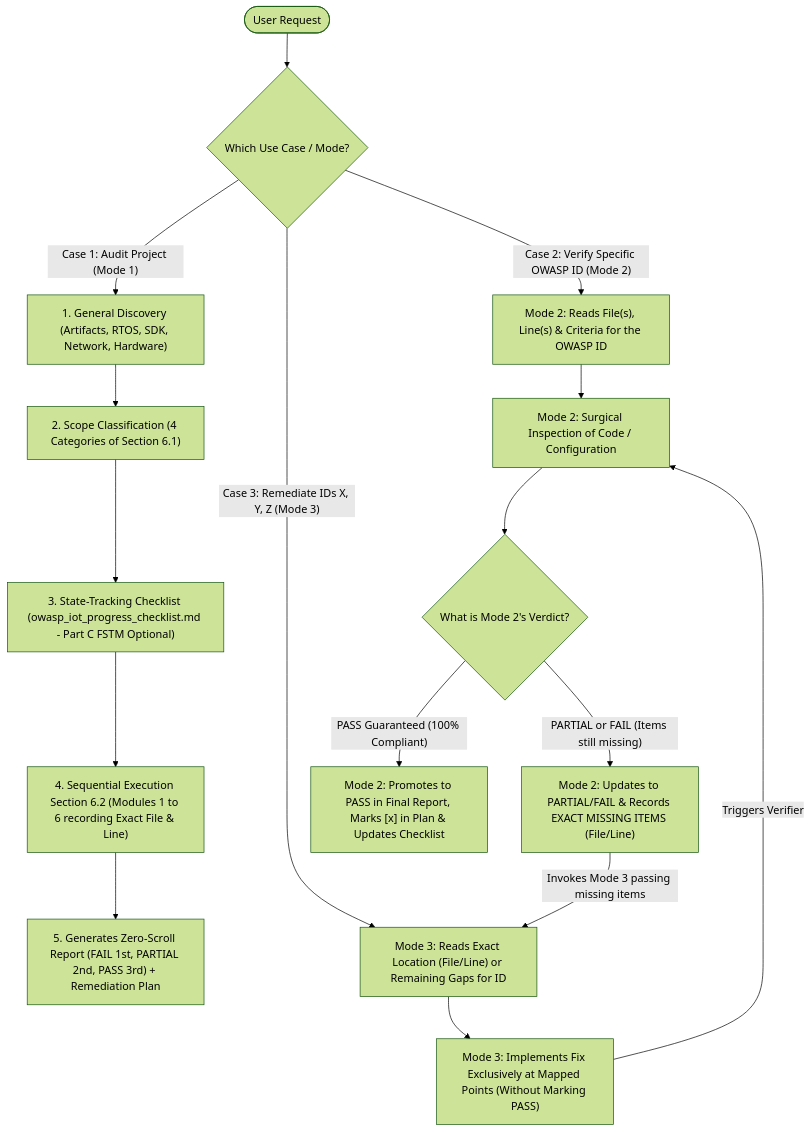
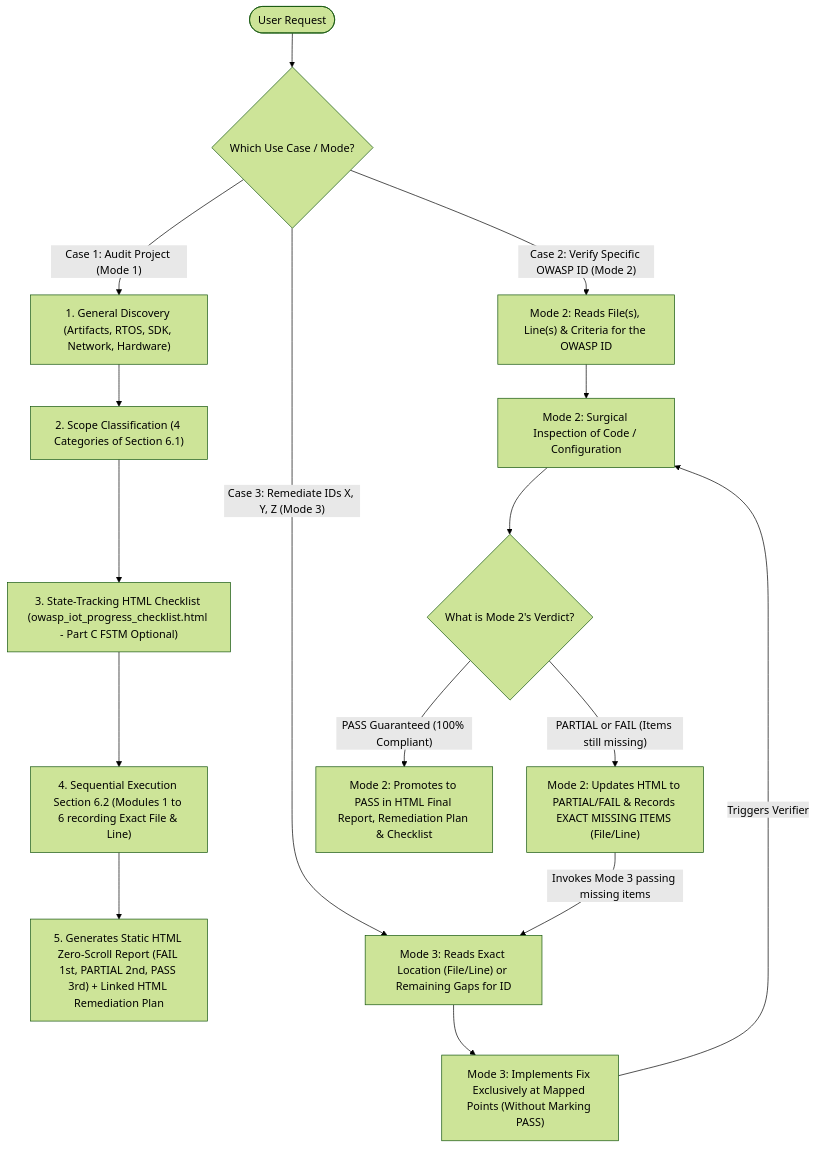
The first of 4 diagrams in .agents/skills/owasp-iot-auditor/SKILL.md (BrunoReiff/embed-sec-auditor), drawn with Mermaid (forest theme) before and after one commit. The commit also changed other lines of this file and 11 other files, not shown here.

Commit message:
feat(output): default to English static HTML reports with single-tab cross-navigation

````diff
--- a/.agents/skills/owasp-iot-auditor/SKILL.md
+++ b/.agents/skills/owasp-iot-auditor/SKILL.md
@@ -30,28 +32,28 @@
 ```mermaid
 flowchart TD
     USER(["User Request"]) --> ROUTER{"Which Use Case / Mode?"}
 
     %% USE CASE 1: MODE 1
     ROUTER -->|"Case 1: Audit Project (Mode 1)"| M1_E1["1. General Discovery (Artifacts, RTOS, SDK, Network, Hardware)"]
     M1_E1 --> M1_E2["2. Scope Classification (4 Categories of Section 6.1)"]
-    M1_E2 --> M1_E3["3. State-Tracking Checklist (owasp_iot_progress_checklist.md - Part C FSTM Optional)"]
+    M1_E2 --> M1_E3["3. State-Tracking HTML Checklist (owasp_iot_progress_checklist.html - Part C FSTM Optional)"]
     M1_E3 --> M1_E4["4. Sequential Execution Section 6.2 (Modules 1 to 6 recording Exact File & Line)"]
-    M1_E4 --> M1_E5["5. Generates Zero-Scroll Report (FAIL 1st, PARTIAL 2nd, PASS 3rd) + Remediation Plan"]
+    M1_E4 --> M1_E5["5. Generates Static HTML Zero-Scroll Report (FAIL 1st, PARTIAL 2nd, PASS 3rd) + Linked HTML Remediation Plan"]
 
     %% USE CASE 2: MODE 2 (DIRECT OR VIA EXTERNAL AGENT)
     ROUTER -->|"Case 2: Verify Specific OWASP ID (Mode 2)"| M2_READ["Mode 2: Reads File(s), Line(s) & Criteria for the OWASP ID"]
     M2_READ --> M2_INSP["Mode 2: Surgical Inspection of Code / Configuration"]
     M2_INSP --> M2_JUDGE{"What is Mode 2's Verdict?"}
 
     %% USE CASE 3: MODE 3 (REMEDIATION + CLOSED LOOP)
     ROUTER -->|"Case 3: Remediate IDs X, Y, Z (Mode 3)"| M3_LOC["Mode 3: Reads Exact Location (File/Line) or Remaining Gaps for ID"]
     M3_LOC --> M3_FIX["Mode 3: Implements Fix Exclusively at Mapped Points (Without Marking PASS)"]
     M3_FIX -->|"Triggers Verifier"| M2_INSP
 
     %% CLOSED LOOP MODE 2 <-> MODE 3
-    M2_JUDGE -->|"PARTIAL or FAIL (Items still missing)"| M2_DELTA["Mode 2: Updates to PARTIAL/FAIL & Records EXACT MISSING ITEMS (File/Line)"]
+    M2_JUDGE -->|"PARTIAL or FAIL (Items still missing)"| M2_DELTA["Mode 2: Updates HTML to PARTIAL/FAIL & Records EXACT MISSING ITEMS (File/Line)"]
     M2_DELTA -->|"Invokes Mode 3 passing missing items"| M3_LOC
 
     %% EXCLUSIVE PROMOTION BY MODE 2
-    M2_JUDGE -->|"PASS Guaranteed (100% Compliant)"| M2_PROMOTE["Mode 2: Promotes to PASS in Final Report, Marks [x] in Plan & Updates Checklist"]
+    M2_JUDGE -->|"PASS Guaranteed (100% Compliant)"| M2_PROMOTE["Mode 2: Promotes to PASS in HTML Final Report, Remediation Plan & Checklist"]
 ```
````
